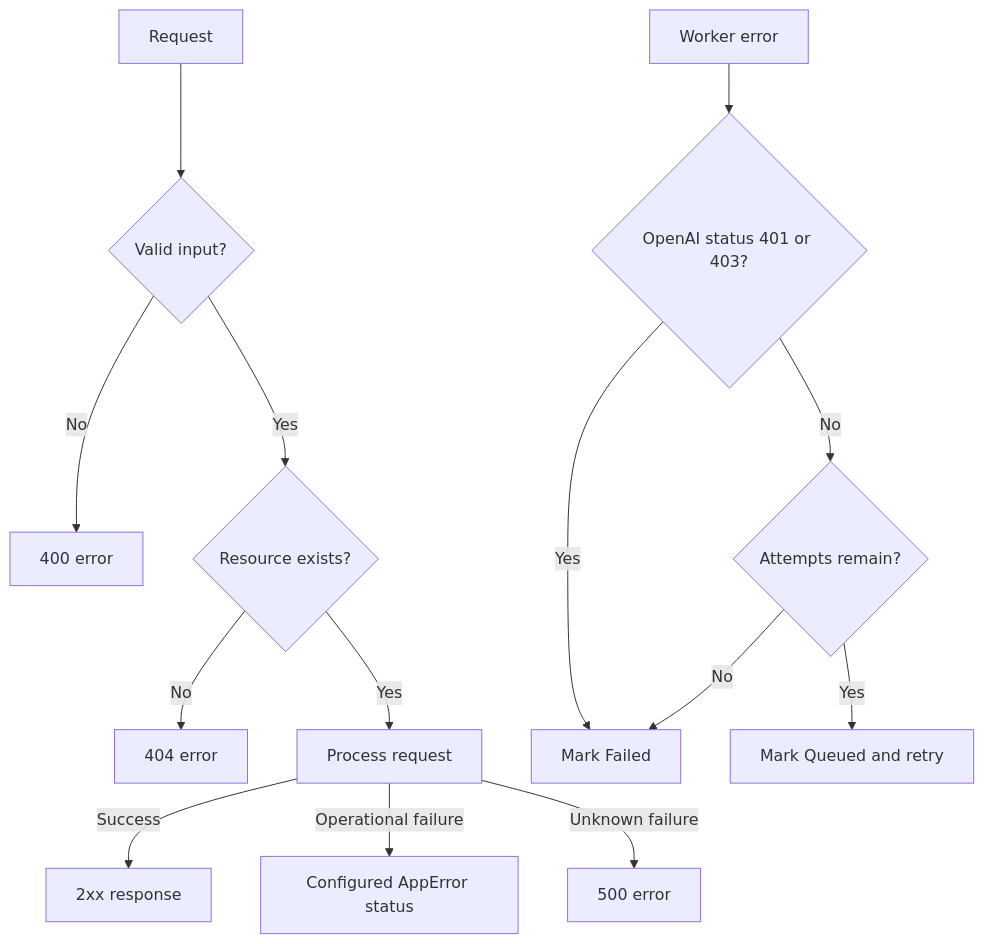
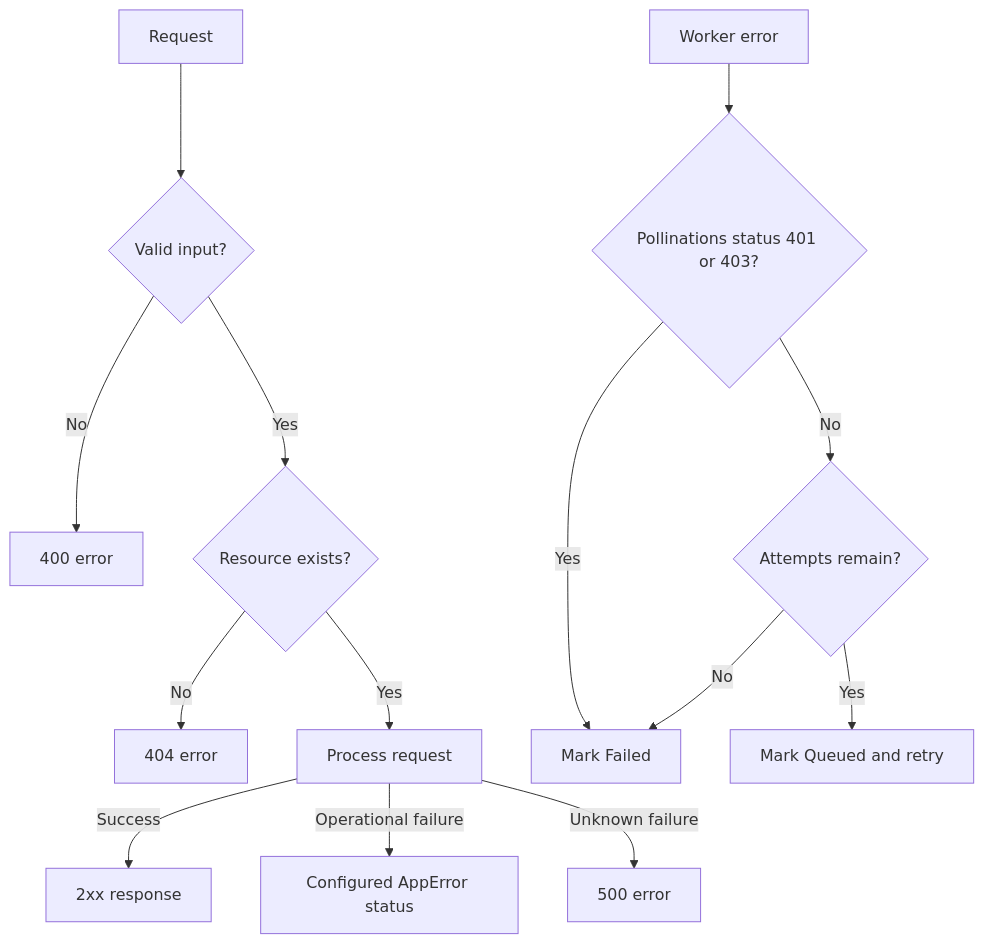
Before and after one commit to Rahul-Shetty-10/photo_album: the sixth of 6 diagrams in docs/appflow.md, drawn with Mermaid. The commit also changed other lines of this file and 20 other files, not shown here.

````diff
--- a/docs/appflow.md
+++ b/docs/appflow.md
@@ -144,16 +145,16 @@
 ```mermaid
 flowchart TD
     A[Request] --> B{Valid input?}
     B -->|No| C[400 error]
     B -->|Yes| D{Resource exists?}
     D -->|No| E[404 error]
     D -->|Yes| F[Process request]
     F -->|Success| G[2xx response]
     F -->|Operational failure| H[Configured AppError status]
     F -->|Unknown failure| I[500 error]
-    J[Worker error] --> K{OpenAI status 401 or 403?}
+    J[Worker error] --> K{Pollinations status 401 or 403?}
     K -->|Yes| L[Mark Failed]
     K -->|No| M{Attempts remain?}
     M -->|Yes| N[Mark Queued and retry]
     M -->|No| L
 ```
````
